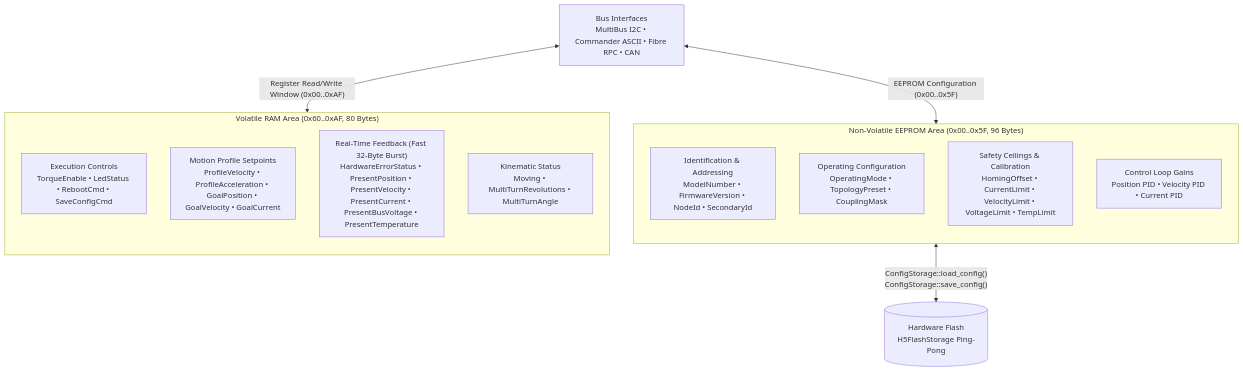
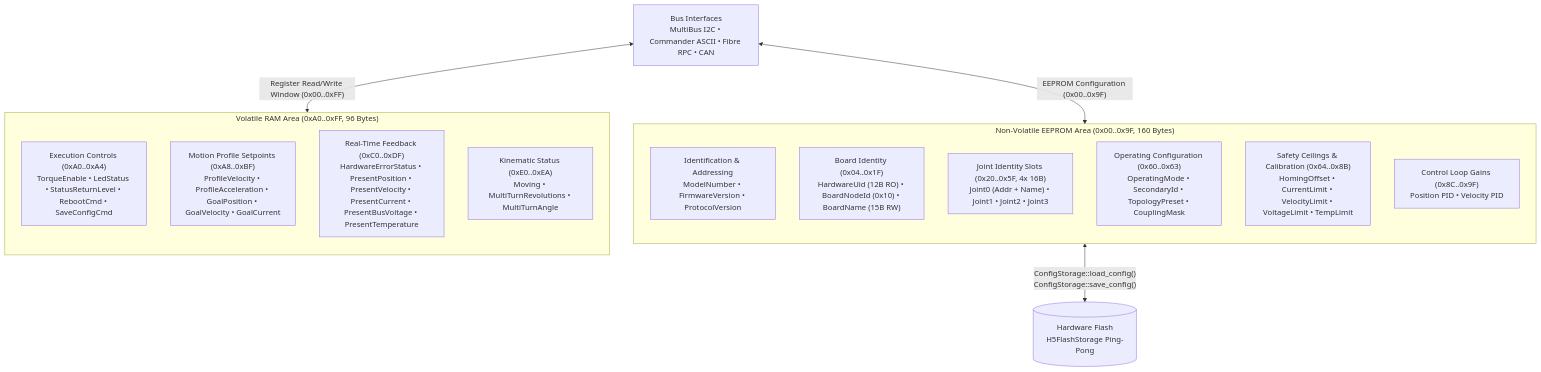
The diagram in docs/actuators/control_table.md (bareFOC/barefoc.github.io), drawn with Mermaid before and after one commit. The commit also changed other lines of this file and 1 other file, not shown here.

Commit message:
docs: document 256-byte Control Table memory map and identity slots

````diff
--- a/docs/actuators/control_table.md
+++ b/docs/actuators/control_table.md
@@ -19,25 +19,27 @@
 ```mermaid
 flowchart TD
-    subgraph EEPROM ["Non-Volatile EEPROM Area (0x00..0x5F, 96 Bytes)"]
+    subgraph EEPROM ["Non-Volatile EEPROM Area (0x00..0x9F, 160 Bytes)"]
         direction TB
-        ID["Identification & Addressing<br/>ModelNumber • FirmwareVersion • NodeId • SecondaryId"]
-        MODE["Operating Configuration<br/>OperatingMode • TopologyPreset • CouplingMask"]
-        LIMITS["Safety Ceilings & Calibration<br/>HomingOffset • CurrentLimit • VelocityLimit • VoltageLimit • TempLimit"]
-        GAINS["Control Loop Gains<br/>Position PID • Velocity PID • Current PID"]
+        ID["Identification & Addressing<br/>ModelNumber • FirmwareVersion • ProtocolVersion"]
+        BOARD["Board Identity (0x04..0x1F)<br/>HardwareUid (12B RO) • BoardNodeId (0x10) • BoardName (15B RW)"]
+        JOINTS["Joint Identity Slots (0x20..0x5F, 4x 16B)<br/>Joint0 (Addr + Name) • Joint1 • Joint2 • Joint3"]
+        MODE["Operating Configuration (0x60..0x63)<br/>OperatingMode • SecondaryId • TopologyPreset • CouplingMask"]
+        LIMITS["Safety Ceilings & Calibration (0x64..0x8B)<br/>HomingOffset • CurrentLimit • VelocityLimit • VoltageLimit • TempLimit"]
+        GAINS["Control Loop Gains (0x8C..0x9F)<br/>Position PID • Velocity PID"]
     end
 
-    subgraph RAM ["Volatile RAM Area (0x60..0xAF, 80 Bytes)"]
+    subgraph RAM ["Volatile RAM Area (0xA0..0xFF, 96 Bytes)"]
         direction TB
-        CTRL["Execution Controls<br/>TorqueEnable • LedStatus • RebootCmd • SaveConfigCmd"]
-        GOAL["Motion Profile Setpoints<br/>ProfileVelocity • ProfileAcceleration • GoalPosition • GoalVelocity • GoalCurrent"]
-        TELEM["Real-Time Feedback (Fast 32-Byte Burst)<br/>HardwareErrorStatus • PresentPosition • PresentVelocity • PresentCurrent • PresentBusVoltage • PresentTemperature"]
-        STATUS["Kinematic Status<br/>Moving • MultiTurnRevolutions • MultiTurnAngle"]
+        CTRL["Execution Controls (0xA0..0xA4)<br/>TorqueEnable • LedStatus • StatusReturnLevel • RebootCmd • SaveConfigCmd"]
+        GOAL["Motion Profile Setpoints (0xA8..0xBF)<br/>ProfileVelocity • ProfileAcceleration • GoalPosition • GoalVelocity • GoalCurrent"]
+        TELEM["Real-Time Feedback (0xC0..0xDF)<br/>HardwareErrorStatus • PresentPosition • PresentVelocity • PresentCurrent • PresentBusVoltage • PresentTemperature"]
+        STATUS["Kinematic Status (0xE0..0xEA)<br/>Moving • MultiTurnRevolutions • MultiTurnAngle"]
     end
 
     FLASH[("Hardware Flash<br/>H5FlashStorage Ping-Pong")]
     BUS["Bus Interfaces<br/>MultiBus I2C • Commander ASCII • Fibre RPC • CAN"]
 
     EEPROM <-->|"ConfigStorage::load_config()<br/>ConfigStorage::save_config()"| FLASH
-    BUS <-->|"Register Read/Write Window (0x00..0xAF)"| RAM
-    BUS <-->|"EEPROM Configuration (0x00..0x5F)"| EEPROM
+    BUS <-->|"Register Read/Write Window (0x00..0xFF)"| RAM
+    BUS <-->|"EEPROM Configuration (0x00..0x9F)"| EEPROM
 ```
````
